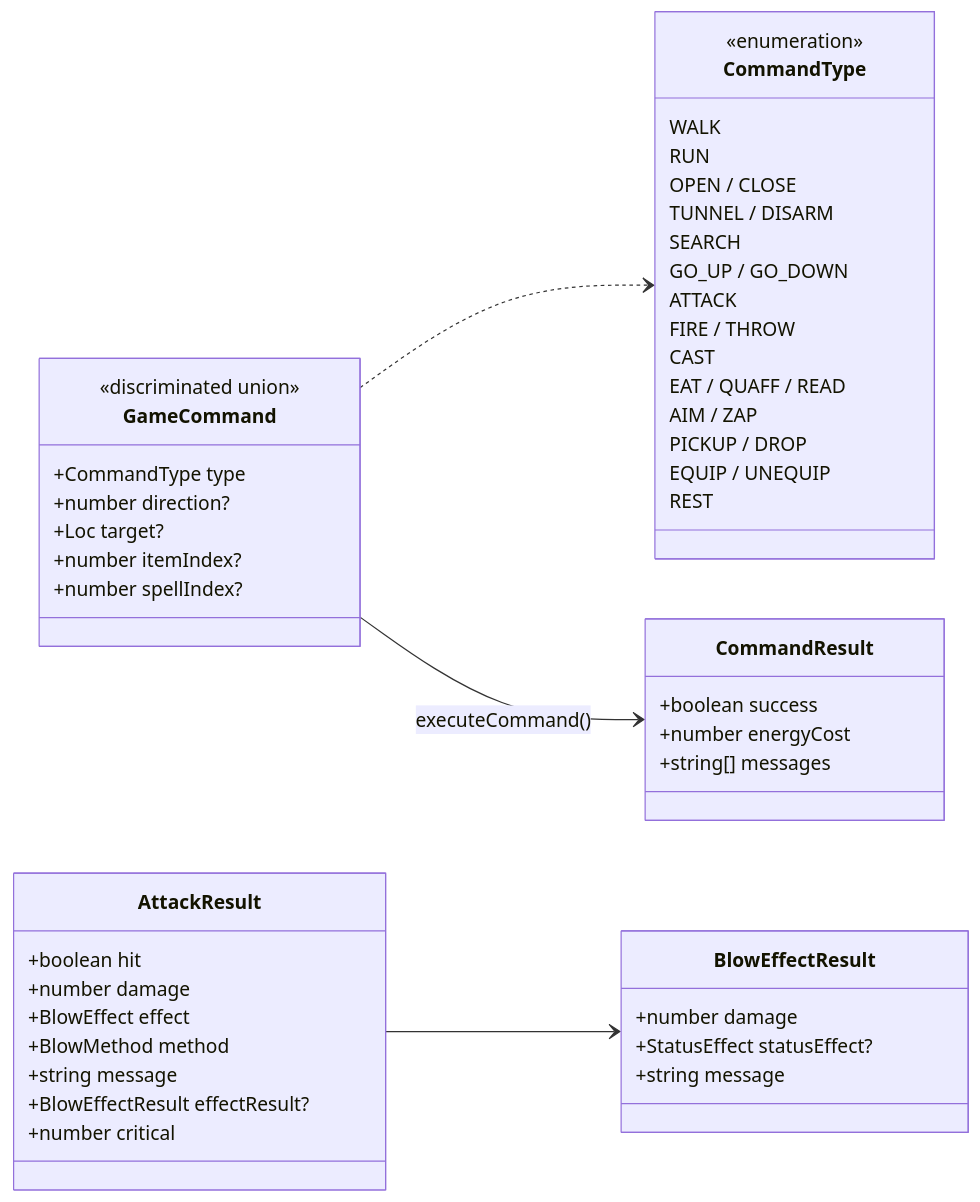
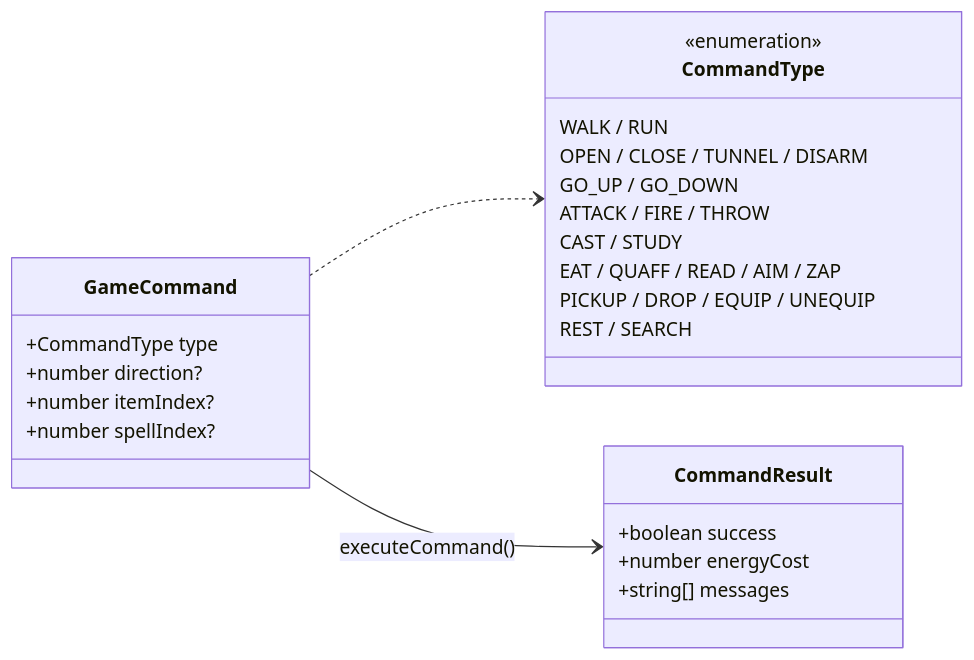
The sixth of 8 diagrams in ARCHITECTURE.md (yuukiishikawa/angband-ts), drawn with Mermaid before and after one commit. The commit also changed other lines of this file and 5 other files, not shown here.

First line of the commit message:
docs: rewrite architecture to match current codebase, remove legacy docs

````diff
--- a/ARCHITECTURE.md
+++ b/ARCHITECTURE.md
@@ -326,57 +307,32 @@
 ```mermaid
 classDiagram
     direction LR
 
     class CommandType {
         <<enumeration>>
-        WALK
-        RUN
-        OPEN / CLOSE
-        TUNNEL / DISARM
-        SEARCH
+        WALK / RUN
+        OPEN / CLOSE / TUNNEL / DISARM
         GO_UP / GO_DOWN
-        ATTACK
-        FIRE / THROW
-        CAST
-        EAT / QUAFF / READ
-        AIM / ZAP
-        PICKUP / DROP
-        EQUIP / UNEQUIP
-        REST
+        ATTACK / FIRE / THROW
+        CAST / STUDY
+        EAT / QUAFF / READ / AIM / ZAP
+        PICKUP / DROP / EQUIP / UNEQUIP
+        REST / SEARCH
     }
 
     class GameCommand {
-        <<discriminated union>>
         +CommandType type
         +number direction?
-        +Loc target?
         +number itemIndex?
         +number spellIndex?
     }
 
     class CommandResult {
         +boolean success
         +number energyCost
         +string[] messages
     }
 
-    class AttackResult {
-        +boolean hit
-        +number damage
-        +BlowEffect effect
-        +BlowMethod method
-        +string message
-        +BlowEffectResult effectResult?
-        +number critical
-    }
-
-    class BlowEffectResult {
-        +number damage
-        +StatusEffect statusEffect?
-        +string message
-    }
-
     GameCommand ..> CommandType
     GameCommand --> CommandResult : executeCommand()
-    AttackResult --> BlowEffectResult
 ```
````
